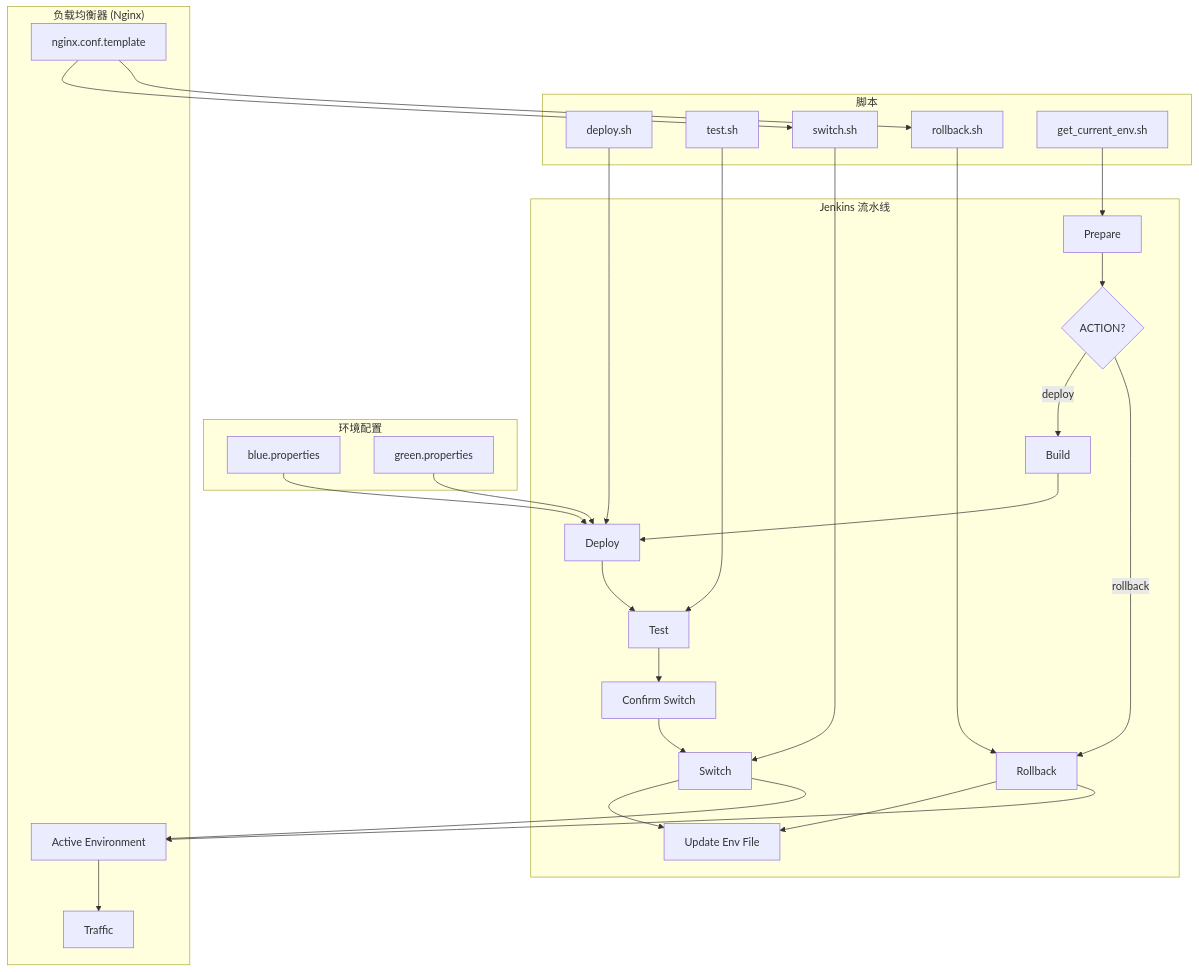
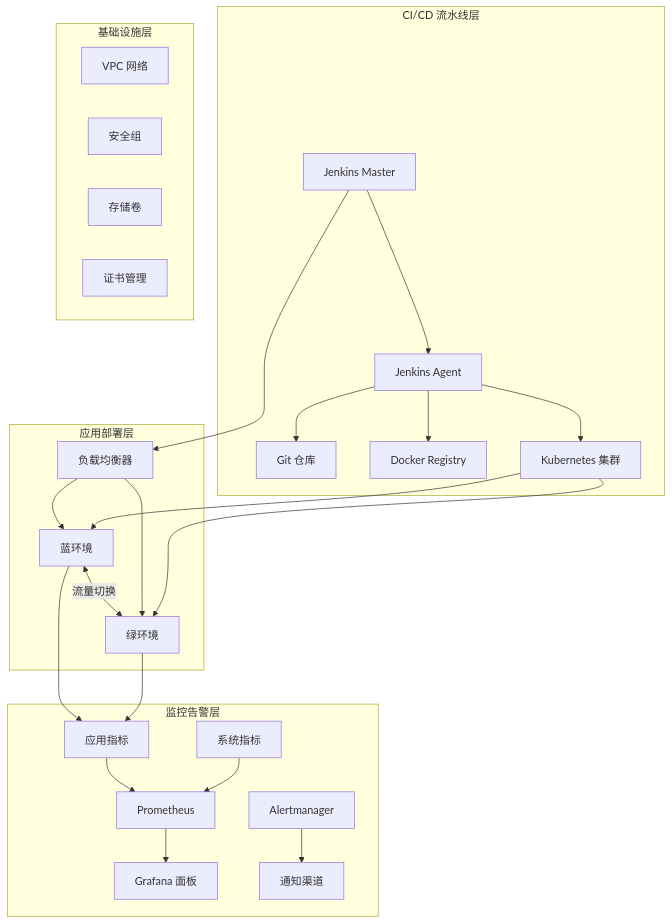
One commit to PatHoo/HKC changed the first of 2 diagrams in tf-jenkins-bluegreen/README.md. Above: the diagram before and after it, drawn with Mermaid. The commit also changed other lines of this file and 9 other files, not shown here.

````diff
--- a/tf-jenkins-bluegreen/README.md
+++ b/tf-jenkins-bluegreen/README.md
@@ -7,36 +9,35 @@
 ```mermaid
 flowchart TD
-    subgraph "Jenkins 流水线"
-        A[Prepare] --> B{ACTION?}
-        B -->|deploy| C[Build]
-        B -->|rollback| H[Rollback]
-        C --> D[Deploy]
-        D --> E[Test]
-        E --> F[Confirm Switch]
-        F --> G[Switch]
-        H --> I[Update Env File]
-        G --> I
+    subgraph "CI/CD 流水线层"
+        A[Jenkins Master] --> B[Jenkins Agent]
+        B --> C[Git 仓库]
+        B --> D[Docker Registry]
+        B --> E[Kubernetes 集群]
     end
-
-    subgraph "环境配置"
-        J[blue.properties] --> D
-        K[green.properties] --> D
+    
+    subgraph "应用部署层"
+        F[蓝环境] <-->|流量切换| G[绿环境]
+        H[负载均衡器] --> F
+        H --> G
     end
-
-    subgraph "脚本"
-        L[deploy.sh] --> D
-        M[test.sh] --> E
-        N[switch.sh] --> G
-        O[rollback.sh] --> H
-        P[get_current_env.sh] --> A
+    
+    subgraph "监控告警层"
+        I[Prometheus] --> J[Grafana 面板]
+        K[Alertmanager] --> L[通知渠道]
+        M[应用指标] --> I
+        N[系统指标] --> I
     end
-
-    subgraph "负载均衡器 (Nginx)"
-        Q[nginx.conf.template] --> N
-        Q --> O
-        R["Active Environment"] --> S[Traffic]
+    
+    subgraph "基础设施层"
+        O[VPC 网络]
+        P[安全组]
+        Q[存储卷]
+        R[证书管理]
     end
-
-    G --> R
-    H --> R
+    
+    A --> H
+    E --> F
+    E --> G
+    F --> M
+    G --> M
 ```
````
